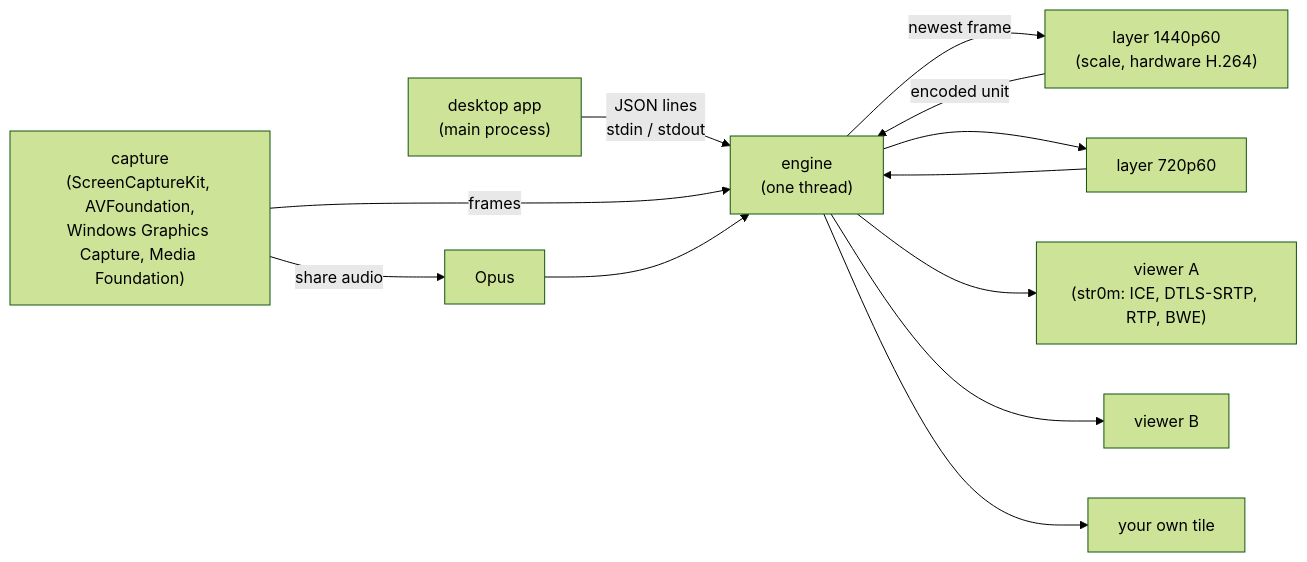
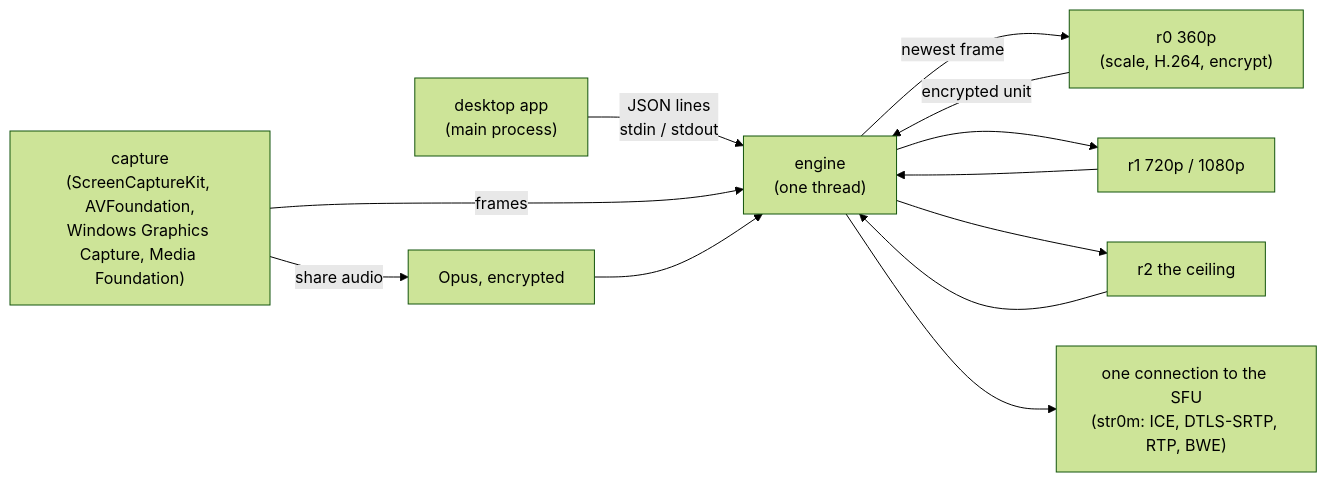
One commit to nickolaiposs/friendspeak changed the third of 3 diagrams in docs/ARCHITECTURE.md. Above: the diagram before and after it, drawn with Mermaid (forest theme). The commit also changed other lines of this file and 12 other files, not shown here.

````diff
--- a/docs/ARCHITECTURE.md
+++ b/docs/ARCHITECTURE.md
@@ -522,13 +566,13 @@
 ```mermaid
 flowchart LR
   App["desktop app<br/>(main process)"] -- "JSON lines<br/>stdin / stdout" --> Engine
   Cap["capture<br/>(ScreenCaptureKit, AVFoundation,<br/>Windows Graphics Capture, Media Foundation)"] -- frames --> Engine["engine<br/>(one thread)"]
-  Engine -- "newest frame" --> L1["layer 1440p60<br/>(scale, hardware H.264)"]
-  Engine --> L2["layer 720p60"]
-  L1 -- "encoded unit" --> Engine
+  Engine -- "newest frame" --> L0["r0 360p<br/>(scale, H.264, encrypt)"]
+  Engine --> L1["r1 720p / 1080p"]
+  Engine --> L2["r2 the ceiling"]
+  L0 -- "encrypted unit" --> Engine
+  L1 --> Engine
   L2 --> Engine
-  Cap -- "share audio" --> Opus --> Engine
-  Engine --> V1["viewer A<br/>(str0m: ICE, DTLS-SRTP, RTP, BWE)"]
-  Engine --> V2["viewer B"]
-  Engine --> Self["your own tile"]
+  Cap -- "share audio" --> Opus["Opus, encrypted"] --> Engine
+  Engine --> SFU["one connection to the SFU<br/>(str0m: ICE, DTLS-SRTP, RTP, BWE)"]
 ```
````
